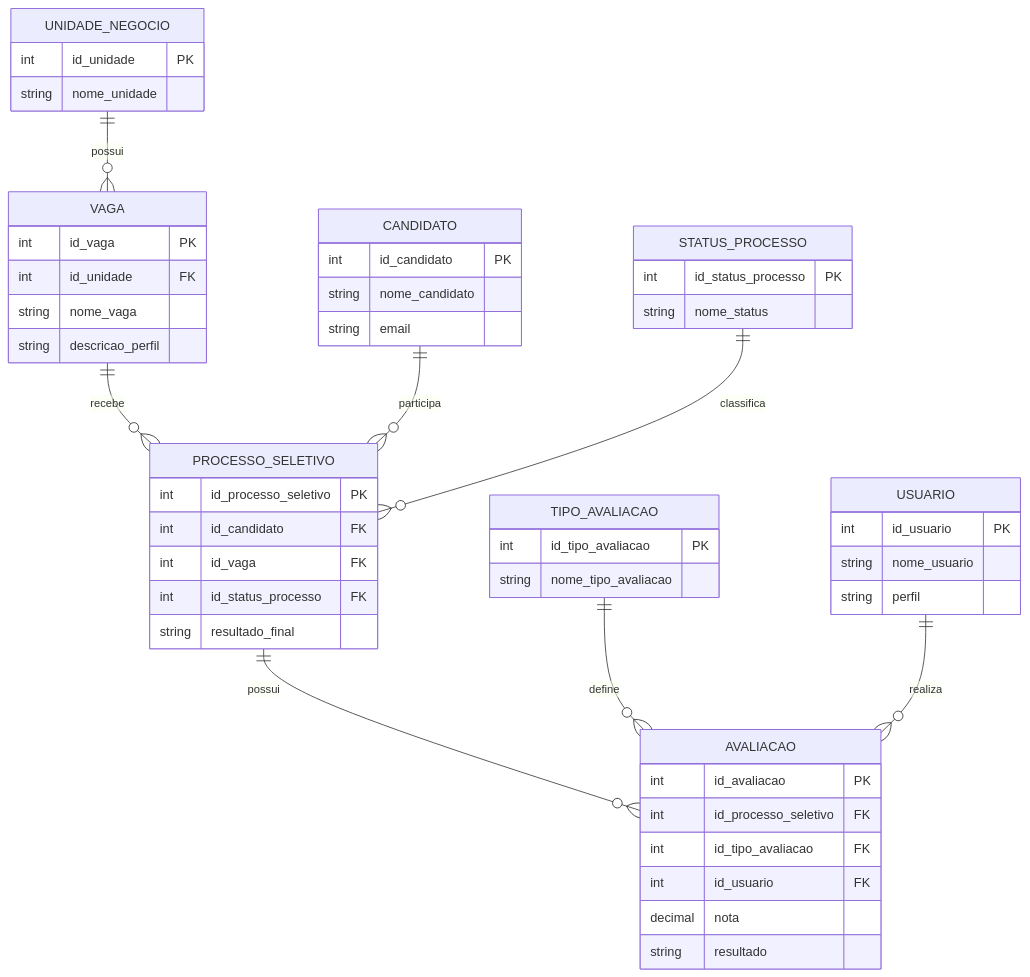
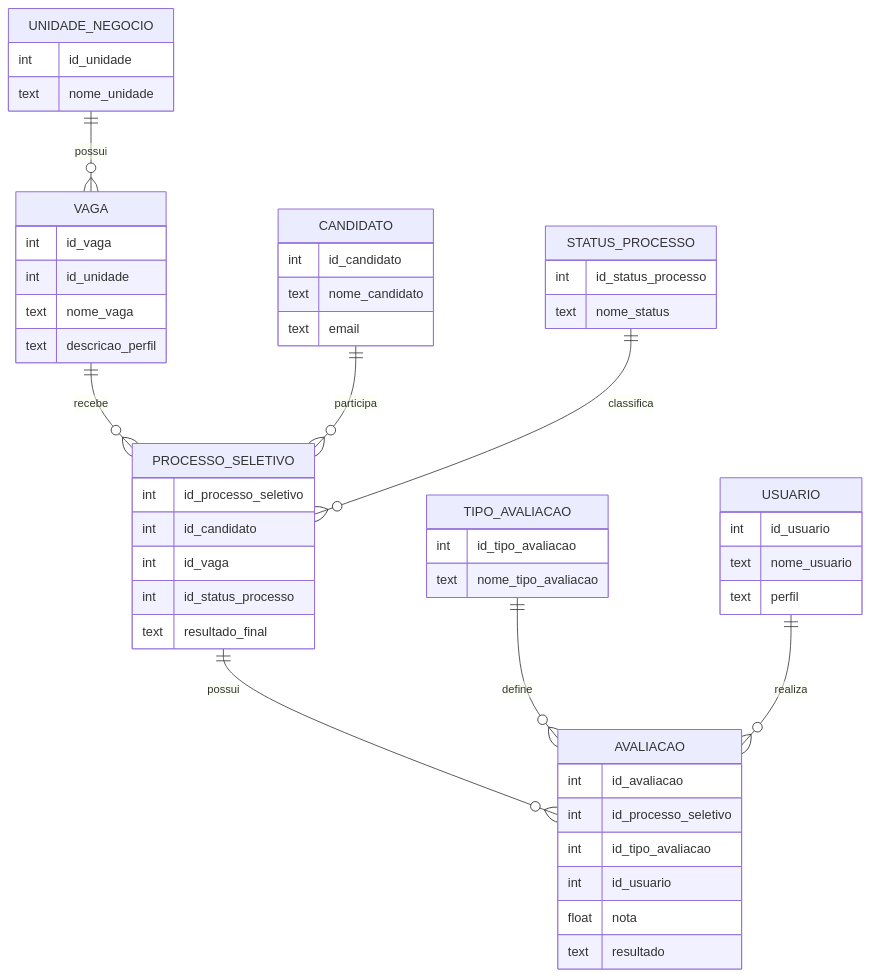
Before and after one commit to ISMAR-67/ZEPPELIN: the diagram in docs/mer-processo-seletivo.md, drawn with Mermaid.

Commit message:
Change string types to text and update float type

````diff
--- a/docs/mer-processo-seletivo.md
+++ b/docs/mer-processo-seletivo.md
@@ -3,63 +3,64 @@
 ```mermaid
 erDiagram
 
     UNIDADE_NEGOCIO ||--o{ VAGA : possui
     VAGA ||--o{ PROCESSO_SELETIVO : recebe
     CANDIDATO ||--o{ PROCESSO_SELETIVO : participa
     STATUS_PROCESSO ||--o{ PROCESSO_SELETIVO : classifica
 
     PROCESSO_SELETIVO ||--o{ AVALIACAO : possui
     TIPO_AVALIACAO ||--o{ AVALIACAO : define
     USUARIO ||--o{ AVALIACAO : realiza
 
     UNIDADE_NEGOCIO {
-        int id_unidade PK
-        string nome_unidade
+        int id_unidade
+        text nome_unidade
     }
 
     VAGA {
-        int id_vaga PK
-        int id_unidade FK
-        string nome_vaga
-        string descricao_perfil
+        int id_vaga
+        int id_unidade
+        text nome_vaga
+        text descricao_perfil
     }
 
     CANDIDATO {
-        int id_candidato PK
-        string nome_candidato
-        string email
+        int id_candidato
+        text nome_candidato
+        text email
     }
 
     PROCESSO_SELETIVO {
-        int id_processo_seletivo PK
-        int id_candidato FK
-        int id_vaga FK
-        int id_status_processo FK
-        string resultado_final
+        int id_processo_seletivo
+        int id_candidato
+        int id_vaga
+        int id_status_processo
+        text resultado_final
     }
 
     STATUS_PROCESSO {
-        int id_status_processo PK
-        string nome_status
+        int id_status_processo
+        text nome_status
     }
 
     AVALIACAO {
-        int id_avaliacao PK
-        int id_processo_seletivo FK
-        int id_tipo_avaliacao FK
-        int id_usuario FK
-        decimal nota
-        string resultado
+        int id_avaliacao
+        int id_processo_seletivo
+        int id_tipo_avaliacao
+        int id_usuario
+        float nota
+        text resultado
     }
 
     TIPO_AVALIACAO {
-        int id_tipo_avaliacao PK
-        string nome_tipo_avaliacao
+        int id_tipo_avaliacao
+        text nome_tipo_avaliacao
     }
 
     USUARIO {
-        int id_usuario PK
-        string nome_usuario
-        string perfil
+        int id_usuario
+        text nome_usuario
+        text perfil
     }
+
 ```
````
